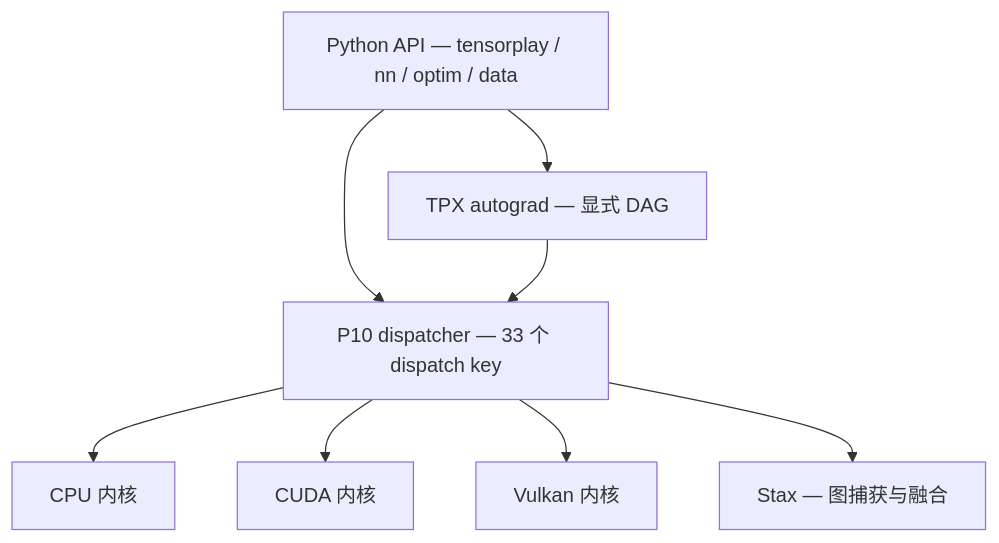
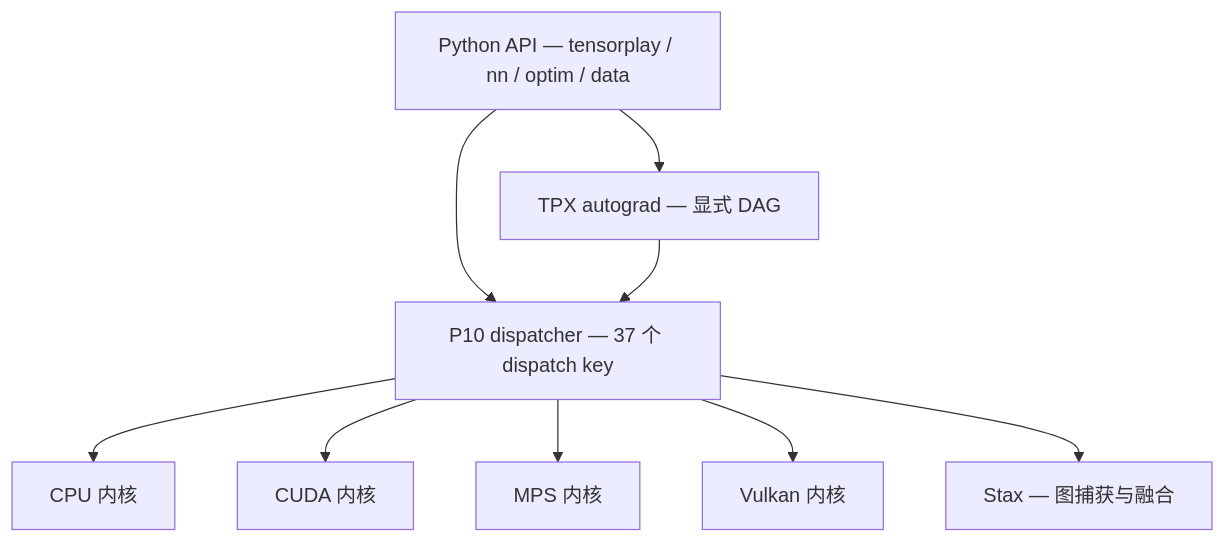
One commit to lexing-2026/TensorPlay changed the diagram in README.zh.md. Above: the diagram before and after it, drawn with Mermaid. The commit also changed other lines of this file and 2 other files, not shown here.

Commit message:
docs: document mps and rocm backends and wheel channels

````diff
--- a/README.zh.md
+++ b/README.zh.md
@@ -174,10 +175,11 @@
 ```mermaid
 flowchart TB
     py["Python API — tensorplay / nn / optim / data"] --> ag["TPX autograd — 显式 DAG"]
-    py --> disp["P10 dispatcher — 33 个 dispatch key"]
+    py --> disp["P10 dispatcher — 37 个 dispatch key"]
     ag --> disp
     disp --> cpu["CPU 内核"]
     disp --> cuda["CUDA 内核"]
+    disp --> mps["MPS 内核"]
     disp --> vulkan["Vulkan 内核"]
     disp --> stax["Stax — 图捕获与融合"]
 ```
````
